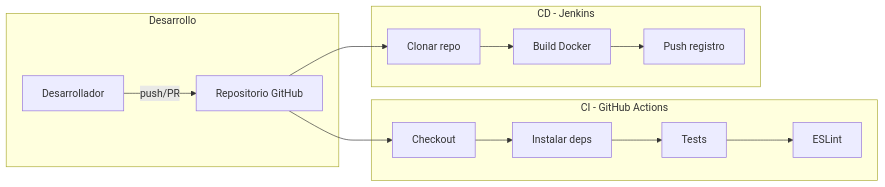
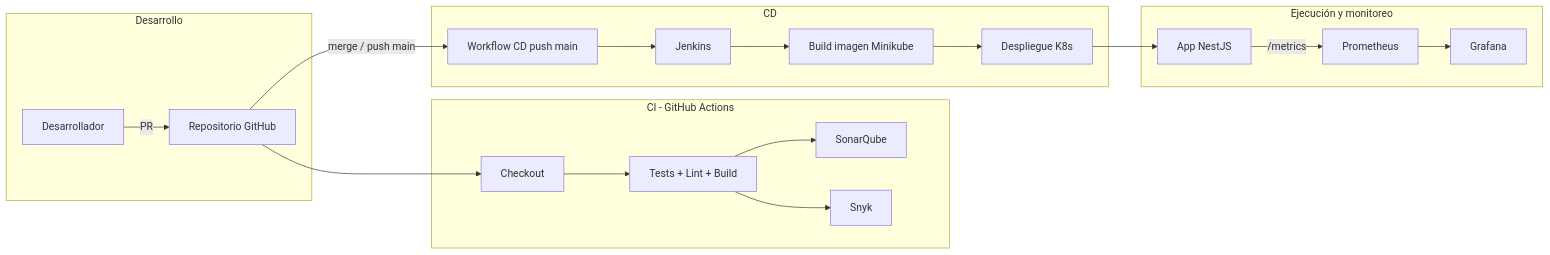
The diagram in docs/DOCUMENTO_TECNICO.md (llipiterdev/nest-devops-lab), drawn with Mermaid before and after one commit. The commit also changed other lines of this file, not shown here.

````diff
--- a/docs/DOCUMENTO_TECNICO.md
+++ b/docs/DOCUMENTO_TECNICO.md
@@ -34,21 +40,29 @@
 ```mermaid
 flowchart LR
   subgraph dev [Desarrollo]
     Dev[Desarrollador]
     Git[Repositorio GitHub]
   end
   subgraph ci [CI - GitHub Actions]
     Checkout[Checkout]
-    Install[Instalar deps]
-    Test[Tests]
-    Lint[ESLint]
+    Test[Tests + Lint + Build]
+    Sonar[SonarQube]
+    Snyk[Snyk]
   end
-  subgraph cd [CD - Jenkins]
-    Clone[Clonar repo]
-    Build[Build Docker]
-    Push[Push registro]
+  subgraph cd [CD]
+    Trigger[Workflow CD push main]
+    Jenkins[Jenkins]
+    Build[Build imagen Minikube]
+    K8s[Despliegue K8s]
   end
-  Dev -->|push/PR| Git
-  Git --> Checkout --> Install --> Test --> Lint
-  Git --> Clone --> Build --> Push
+  subgraph run [Ejecución y monitoreo]
+    App[App NestJS]
+    Prom[Prometheus]
+    Grafana[Grafana]
+  end
+  Dev -->|PR| Git
+  Git --> Checkout --> Test --> Sonar
+  Test --> Snyk
+  Git -->|merge / push main| Trigger --> Jenkins --> Build --> K8s --> App
+  App -->|/metrics| Prom --> Grafana
 ```
````
